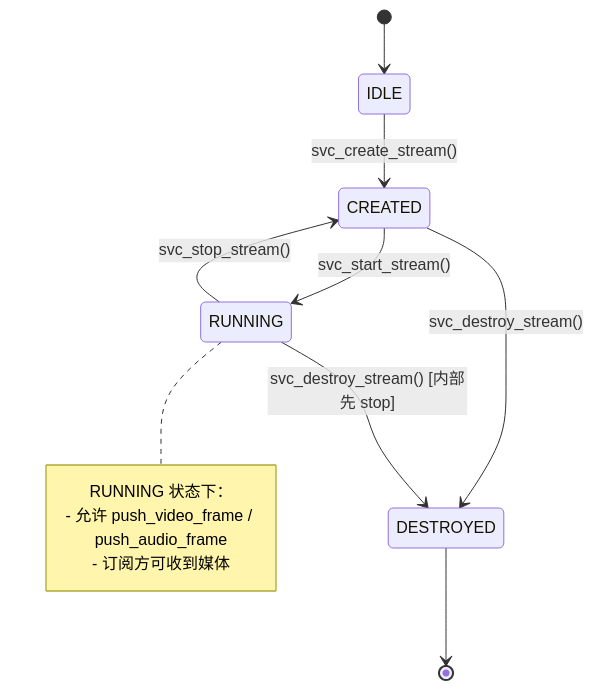
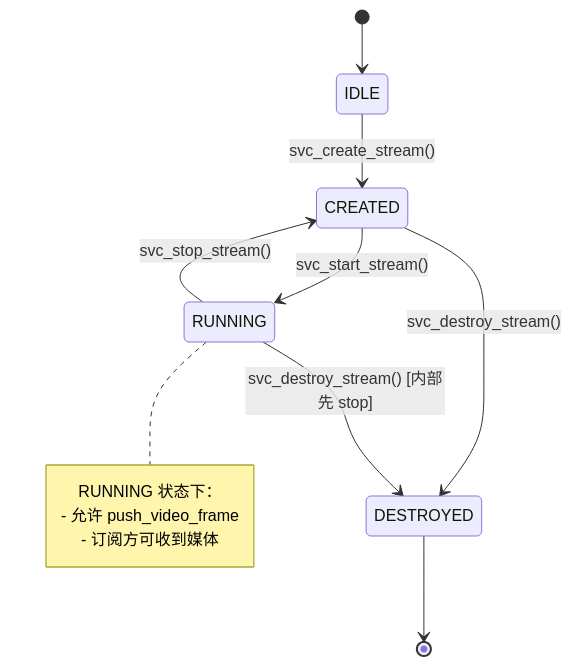
Before and after one commit to honeyyaya/libRoboFlow: the third of 11 diagrams in docs/service_api_design.md, drawn with Mermaid. The commit also changed other lines of this file and 35 other files, not shown here.

````diff
--- a/docs/service_api_design.md
+++ b/docs/service_api_design.md
@@ -101,15 +95,15 @@
 ```mermaid
 stateDiagram-v2
     [*] --> IDLE
     IDLE --> CREATED: svc_create_stream()
     CREATED --> RUNNING: svc_start_stream()
     RUNNING --> CREATED: svc_stop_stream()
     CREATED --> DESTROYED: svc_destroy_stream()
     RUNNING --> DESTROYED: svc_destroy_stream() [内部先 stop]
     DESTROYED --> [*]
     note right of RUNNING
         RUNNING 状态下：
-        - 允许 push_video_frame / push_audio_frame
+        - 允许 push_video_frame
         - 订阅方可收到媒体
     end note
 ```
````
